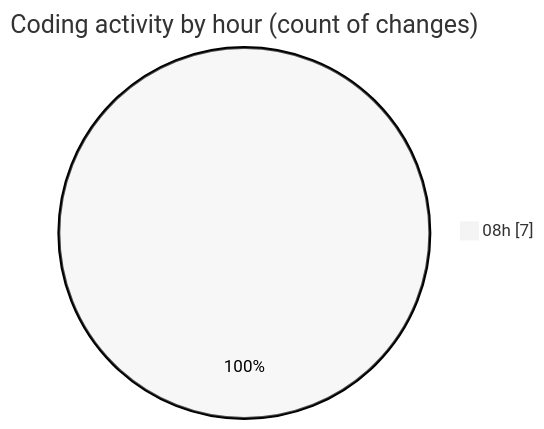
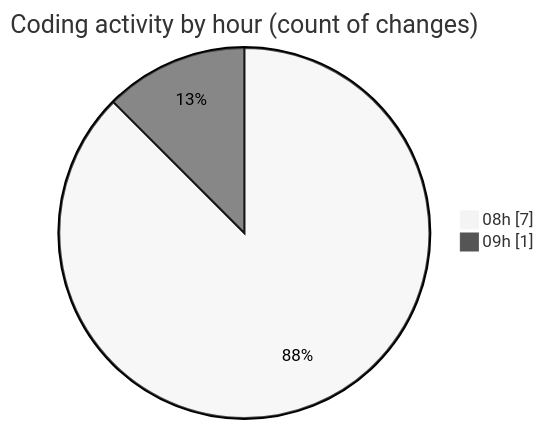
The second of 2 diagrams in 2026-02-08/new_folder__4_/README.md (ahmedfadelnemo-del/code-tracking), drawn with Mermaid (neutral theme) before and after one commit. The commit also changed other lines of this file and 1 other file, not shown here.

````diff
--- a/2026-02-08/new_folder__4_/README.md
+++ b/2026-02-08/new_folder__4_/README.md
@@ -30,5 +32,6 @@
 ```mermaid
 pie showData
 title Coding activity by hour (count of changes)
 "08h" : 7
+"09h" : 1
 ```
````
